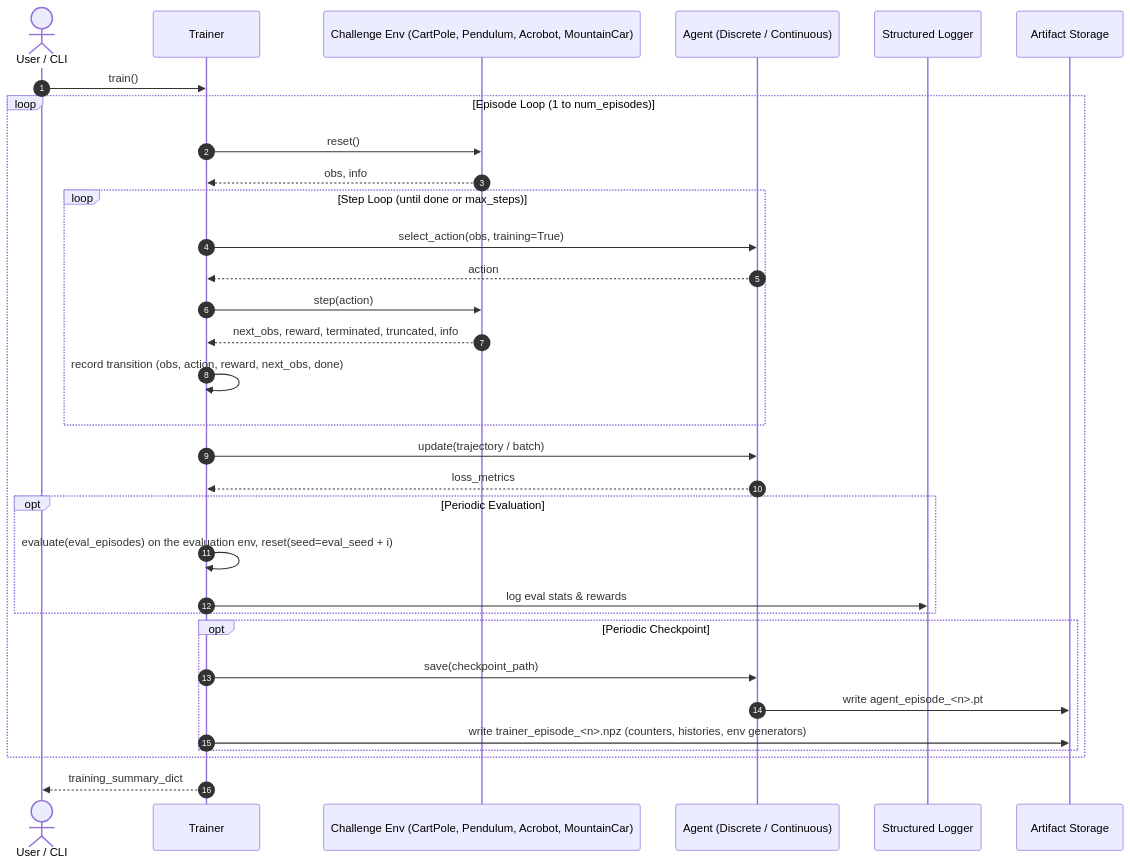
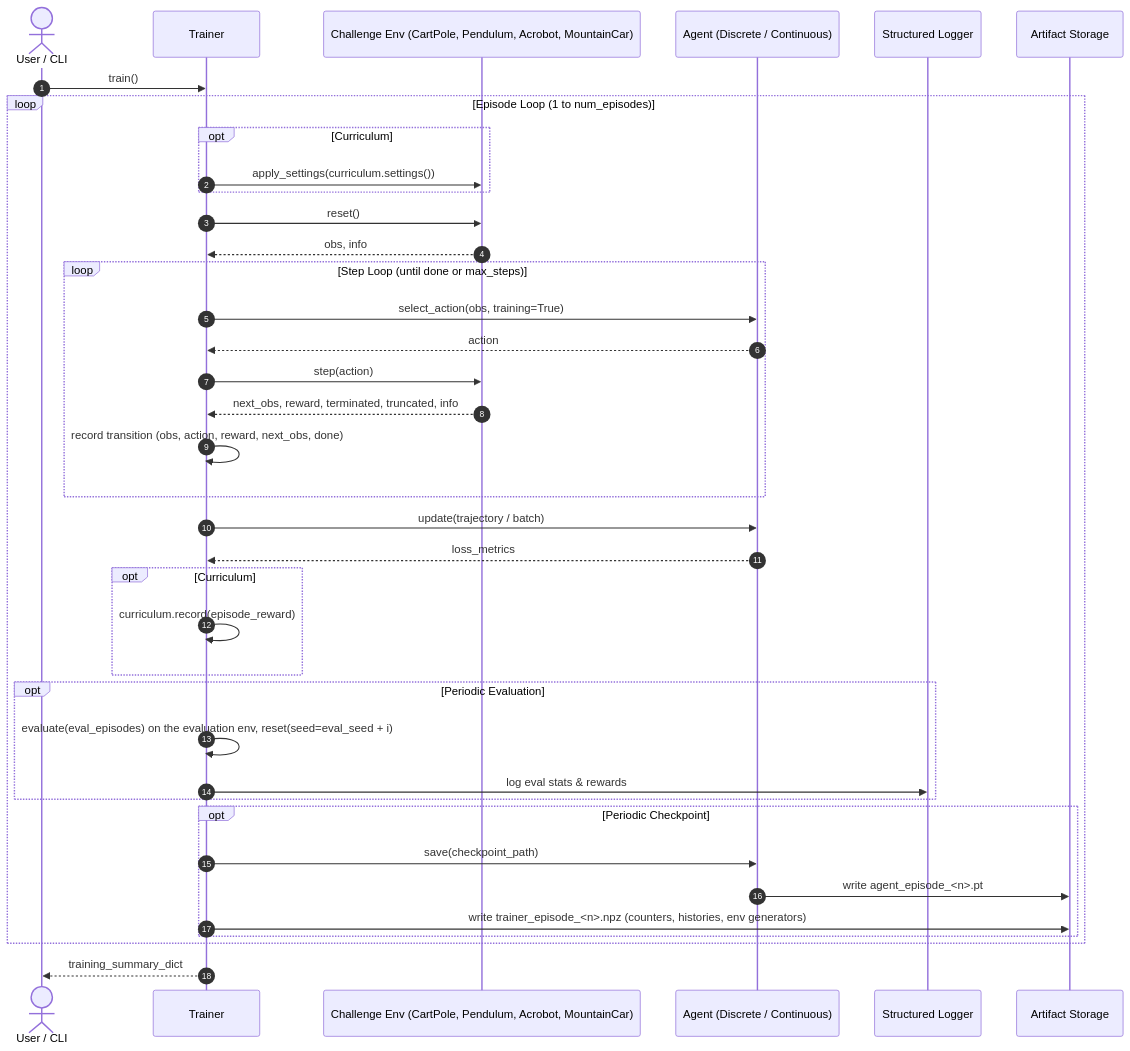
The third of 3 diagrams in ARCHITECTURE.md (andreijw/AI), drawn with Mermaid before and after one commit. The commit also changed other lines of this file and 18 other files, not shown here.

````diff
--- a/ARCHITECTURE.md
+++ b/ARCHITECTURE.md
@@ -354,35 +359,41 @@
 ```mermaid
 sequenceDiagram
     autonumber
     actor User as User / CLI
     participant Trainer as Trainer
     participant Env as Challenge Env (CartPole, Pendulum, Acrobot, MountainCar)
     participant Agent as Agent (Discrete / Continuous)
     participant Logger as Structured Logger
     participant Disk as Artifact Storage
 
     User->>Trainer: train()
     loop Episode Loop (1 to num_episodes)
+        opt Curriculum
+            Trainer->>Env: apply_settings(curriculum.settings())
+        end
         Trainer->>Env: reset()
         Env-->>Trainer: obs, info
         loop Step Loop (until done or max_steps)
             Trainer->>Agent: select_action(obs, training=True)
             Agent-->>Trainer: action
             Trainer->>Env: step(action)
             Env-->>Trainer: next_obs, reward, terminated, truncated, info
             Trainer->>Trainer: record transition (obs, action, reward, next_obs, done)
         end
         Trainer->>Agent: update(trajectory / batch)
         Agent-->>Trainer: loss_metrics
+        opt Curriculum
+            Trainer->>Trainer: curriculum.record(episode_reward)
+        end
         opt Periodic Evaluation
             Trainer->>Trainer: evaluate(eval_episodes) on the evaluation env, reset(seed=eval_seed + i)
             Trainer->>Logger: log eval stats & rewards
         end
         opt Periodic Checkpoint
             Trainer->>Agent: save(checkpoint_path)
             Agent->>Disk: write agent_episode_<n>.pt
             Trainer->>Disk: write trainer_episode_<n>.npz (counters, histories, env generators)
         end
     end
     Trainer-->>User: training_summary_dict
 ```
````
